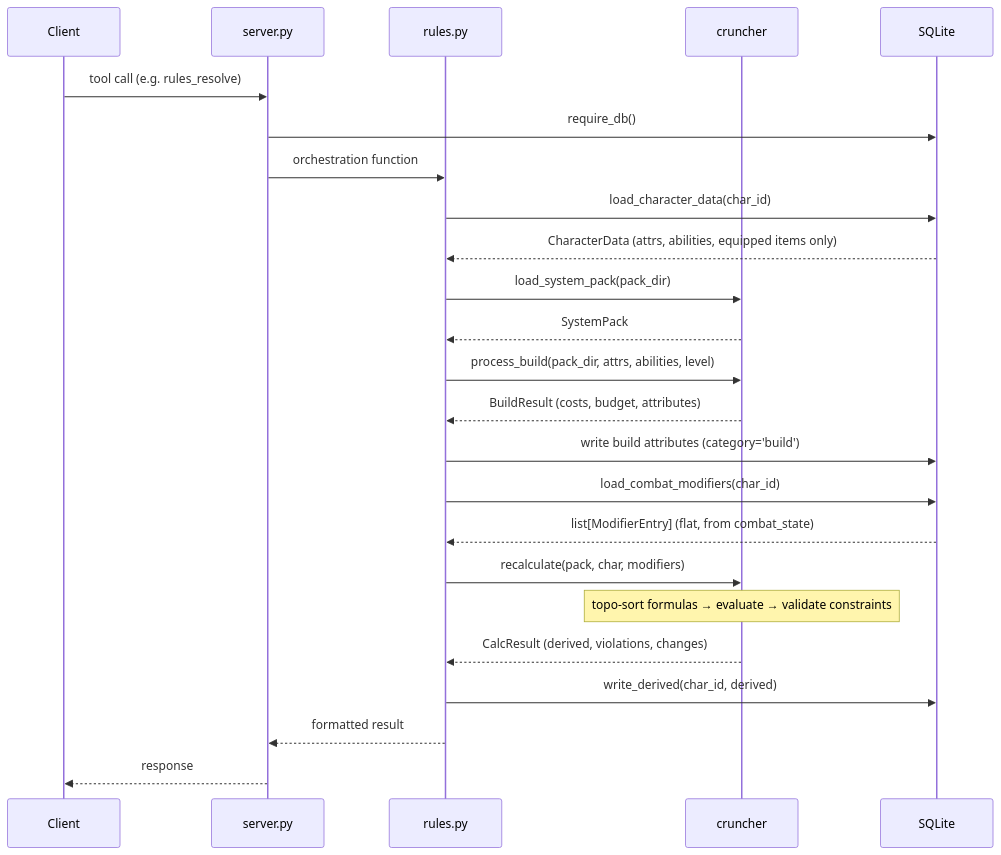
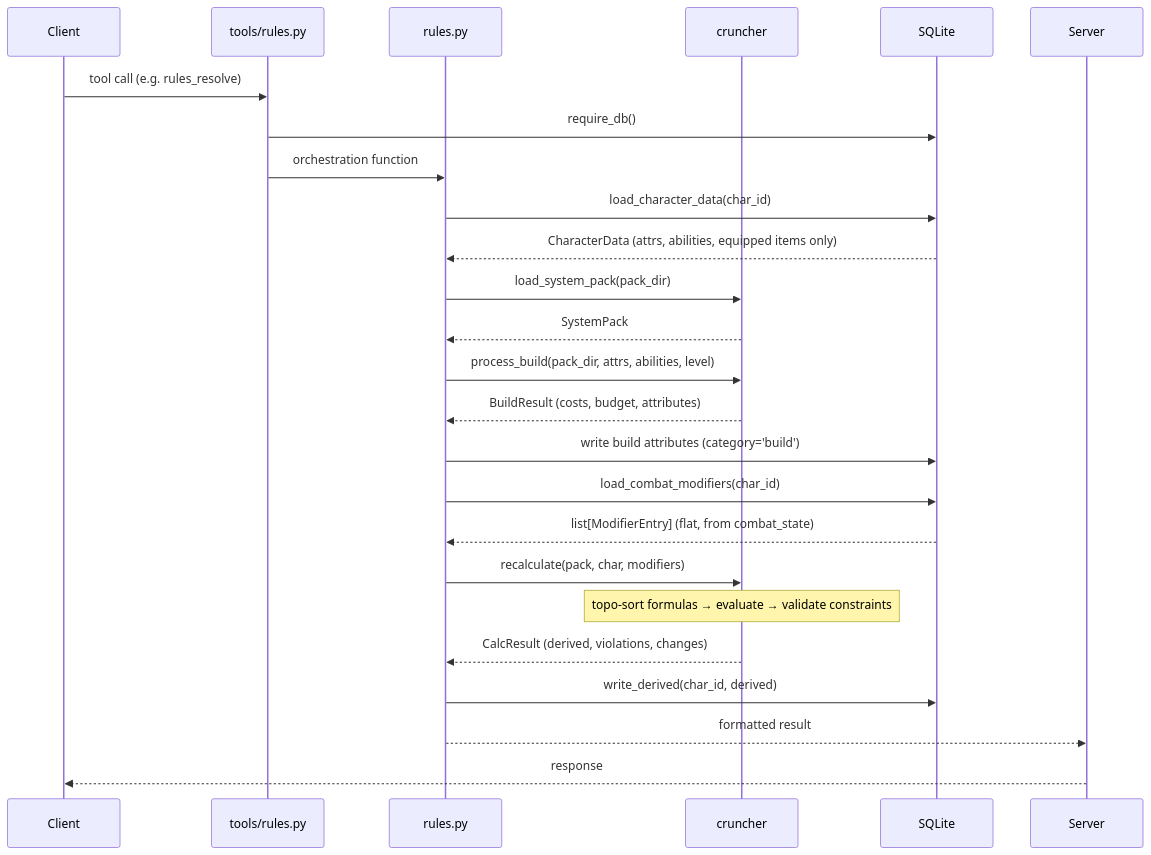
The first of 9 diagrams in ARCHITECTURE.md (matluz1/lorekit), drawn with Mermaid before and after one commit. The commit also changed other lines of this file, not shown here.

Commit message:
docs: update ARCHITECTURE.md for tools/ and combat/ package structure

````diff
--- a/ARCHITECTURE.md
+++ b/ARCHITECTURE.md
@@ -139,33 +172,33 @@
 ```mermaid
 sequenceDiagram
     participant Client
-    participant Server as server.py
+    participant Tools as tools/rules.py
     participant Rules as rules.py
     participant Cruncher as cruncher
     participant DB as SQLite
 
-    Client->>Server: tool call (e.g. rules_resolve)
-    Server->>DB: require_db()
-    Server->>Rules: orchestration function
+    Client->>Tools: tool call (e.g. rules_resolve)
+    Tools->>DB: require_db()
+    Tools->>Rules: orchestration function
 
     Rules->>DB: load_character_data(char_id)
     DB-->>Rules: CharacterData (attrs, abilities, equipped items only)
 
     Rules->>Cruncher: load_system_pack(pack_dir)
     Cruncher-->>Rules: SystemPack
 
     Rules->>Cruncher: process_build(pack_dir, attrs, abilities, level)
     Cruncher-->>Rules: BuildResult (costs, budget, attributes)
     Rules->>DB: write build attributes (category='build')
 
     Rules->>DB: load_combat_modifiers(char_id)
     DB-->>Rules: list[ModifierEntry] (flat, from combat_state)
 
     Rules->>Cruncher: recalculate(pack, char, modifiers)
     Note over Cruncher: topo-sort formulas → evaluate → validate constraints
     Cruncher-->>Rules: CalcResult (derived, violations, changes)
 
     Rules->>DB: write_derived(char_id, derived)
     Rules-->>Server: formatted result
     Server-->>Client: response
 ```
````
